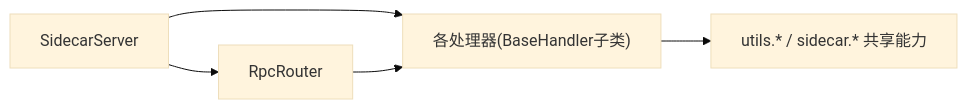
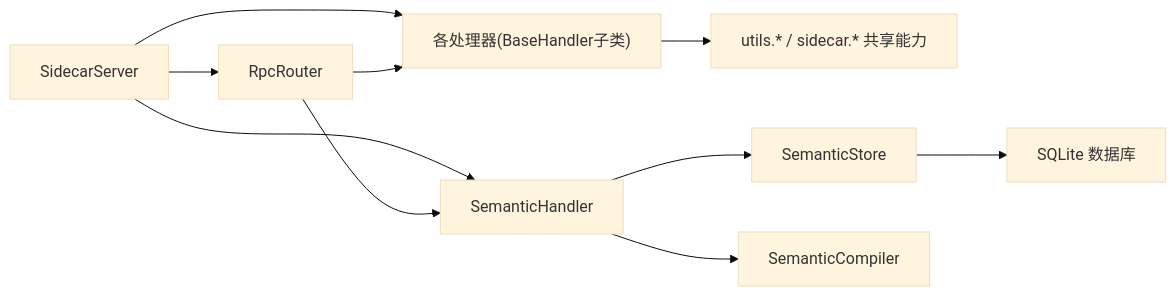
One commit to Miles128/NoteAI changed diagram 14 of 16 in .qoder/repowiki/zh/content/架构设计/Python Sidecar 服务/处理器系统架构/处理器系统架构.md. Above: the diagram before and after it, drawn with Mermaid (base theme). The commit also changed other lines of this file and 169 other files, not shown here.

````diff
--- a/.qoder/repowiki/zh/content/架构设计/Python Sidecar 服务/处理器系统架构/处理器系统架构.md
+++ b/.qoder/repowiki/zh/content/架构设计/Python Sidecar 服务/处理器系统架构/处理器系统架构.md
@@ -330,7 +511,12 @@
 ```mermaid
 graph LR
 Server["SidecarServer"] --> Router["RpcRouter"]
 Server --> Handlers["各处理器(BaseHandler子类)"]
+Server --> SemanticHandler["SemanticHandler"]
 Router --> Handlers
+Router --> SemanticHandler
 Handlers --> Utils["utils.* / sidecar.* 共享能力"]
+SemanticHandler --> SemanticStore["SemanticStore"]
+SemanticHandler --> SemanticCompiler["SemanticCompiler"]
+SemanticStore --> SQLite["SQLite 数据库"]
 ```
````
